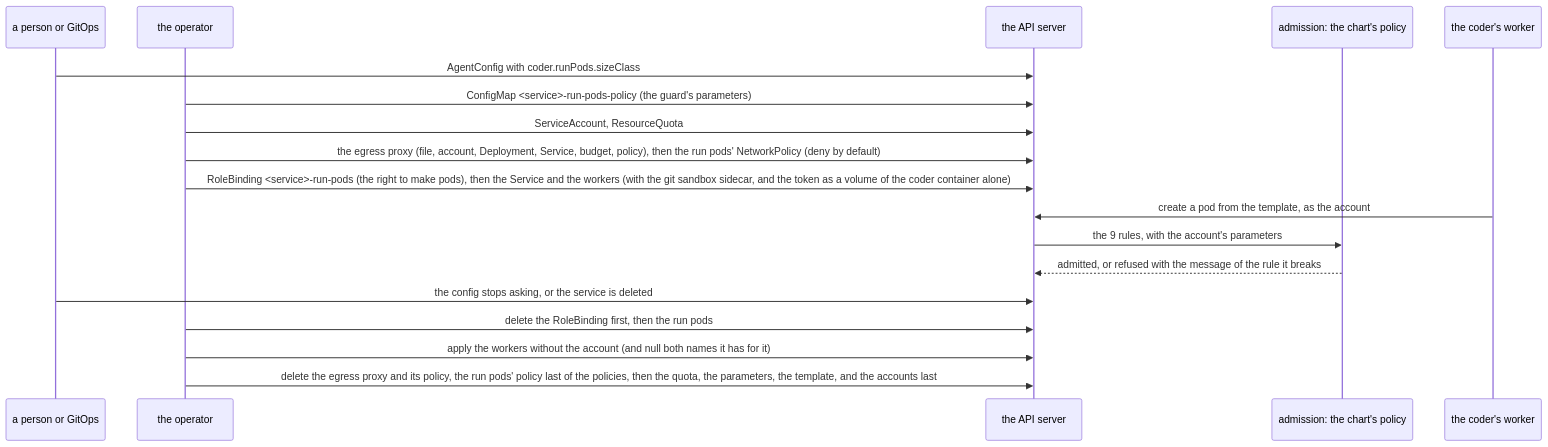
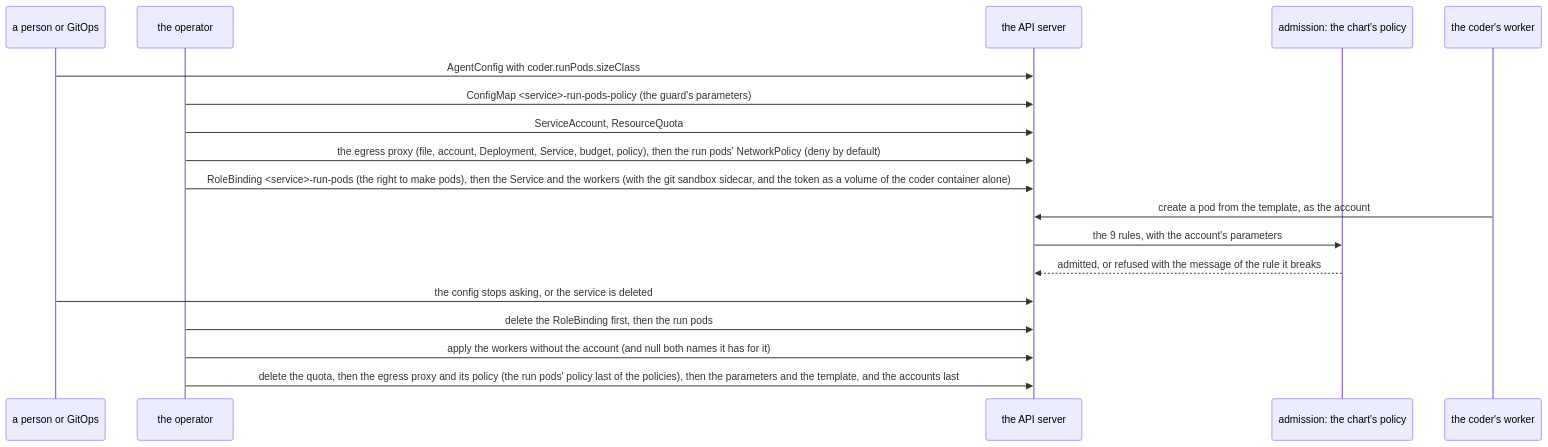
The second of 4 diagrams in deploy/operator/README.md (vymalo/another-agentic-platform), drawn with Mermaid before and after one commit. The commit also changed other lines of this file and 1 other file, not shown here.

First line of the commit message:
docs(deploy): the install section follows the chart, and the run-pod facts match the code (ANR-1073)

````diff
--- a/deploy/operator/README.md
+++ b/deploy/operator/README.md
@@ -160,20 +162,20 @@
 ```mermaid
 sequenceDiagram
   participant P as a person or GitOps
   participant O as the operator
   participant K as the API server
   participant G as admission: the chart's policy
   participant W as the coder's worker
   P->>K: AgentConfig with coder.runPods.sizeClass
   O->>K: ConfigMap <service>-run-pods-policy (the guard's parameters)
   O->>K: ServiceAccount, ResourceQuota
   O->>K: the egress proxy (file, account, Deployment, Service, budget, policy), then the run pods' NetworkPolicy (deny by default)
   O->>K: RoleBinding <service>-run-pods (the right to make pods), then the Service and the workers (with the git sandbox sidecar, and the token as a volume of the coder container alone)
   W->>K: create a pod from the template, as the account
   K->>G: the 9 rules, with the account's parameters
   G-->>K: admitted, or refused with the message of the rule it breaks
   P->>K: the config stops asking, or the service is deleted
   O->>K: delete the RoleBinding first, then the run pods
   O->>K: apply the workers without the account (and null both names it has for it)
-  O->>K: delete the egress proxy and its policy, the run pods' policy last of the policies, then the quota, the parameters, the template, and the accounts last
+  O->>K: delete the quota, then the egress proxy and its policy (the run pods' policy last of the policies), then the parameters and the template, and the accounts last
 ```
````
